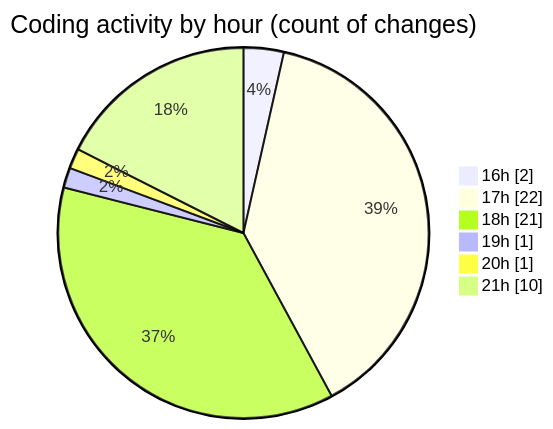
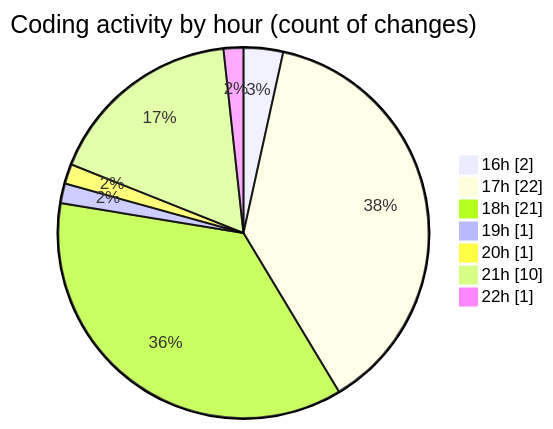
One commit to Elitesun/code-tracking changed the second of 2 diagrams in 2025-01-24/react/README.md. Above: the diagram before and after it, drawn with Mermaid. The commit also changed other lines of this file and 1 other file, not shown here.

````diff
--- a/2025-01-24/react/README.md
+++ b/2025-01-24/react/README.md
@@ -39,10 +39,11 @@
 ```mermaid
 pie showData
 title Coding activity by hour (count of changes)
 "16h" : 2
 "17h" : 22
 "18h" : 21
 "19h" : 1
 "20h" : 1
 "21h" : 10
+"22h" : 1
 ```
````
